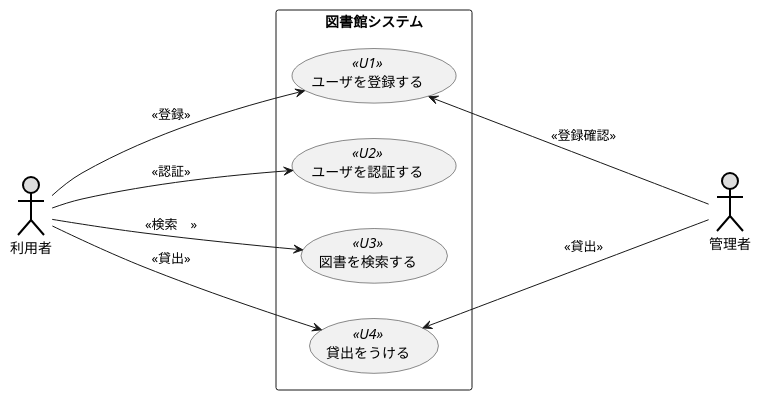
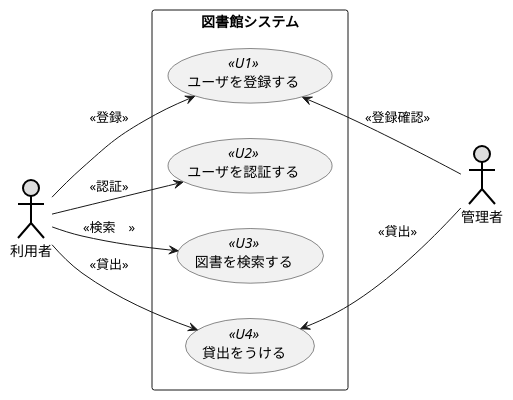
Before and after one commit to kuboi0627/unl-introduction: the diagram in 例題3_UC_図書館システム.pu, drawn with PlantUML. The commit also changed 20 other files, not shown here.

```diff
--- a/例題3_UC_図書館システム.pu
+++ b/例題3_UC_図書館システム.pu
@@ -1,17 +1,17 @@
 @startuml 例題3
 left to right direction
 actor 利用者 as user#DDDDDD;line:black;line.bold;
 actor 管理者 as adobe#DDDDDD;line:black;line.bold;
 rectangle 図書館システム {
 usecase ユーザを登録する as T << U1 >>
 usecase ユーザを認証する << U2 >>
 usecase 図書を検索する << U3 >>
 usecase 貸出をうける << U4 >>
 }
-user----> T: <<登録 >>
-user----> ユーザを認証する:<< 認証 >>
-user----> 図書を検索する:<< 検索　>>
-user----> 貸出をうける:<< 貸出 >>
-T <---- adobe:<< 登録確認>>
-貸出をうける <---- adobe:<< 貸出>>
+user--> T: <<登録 >>
+user--> ユーザを認証する:<< 認証 >>
+user--> 図書を検索する:<< 検索　>>
+user--> 貸出をうける:<< 貸出 >>
+T <-- adobe:<< 登録確認>>
+貸出をうける <-- adobe:<< 貸出>>
 @enduml
```
